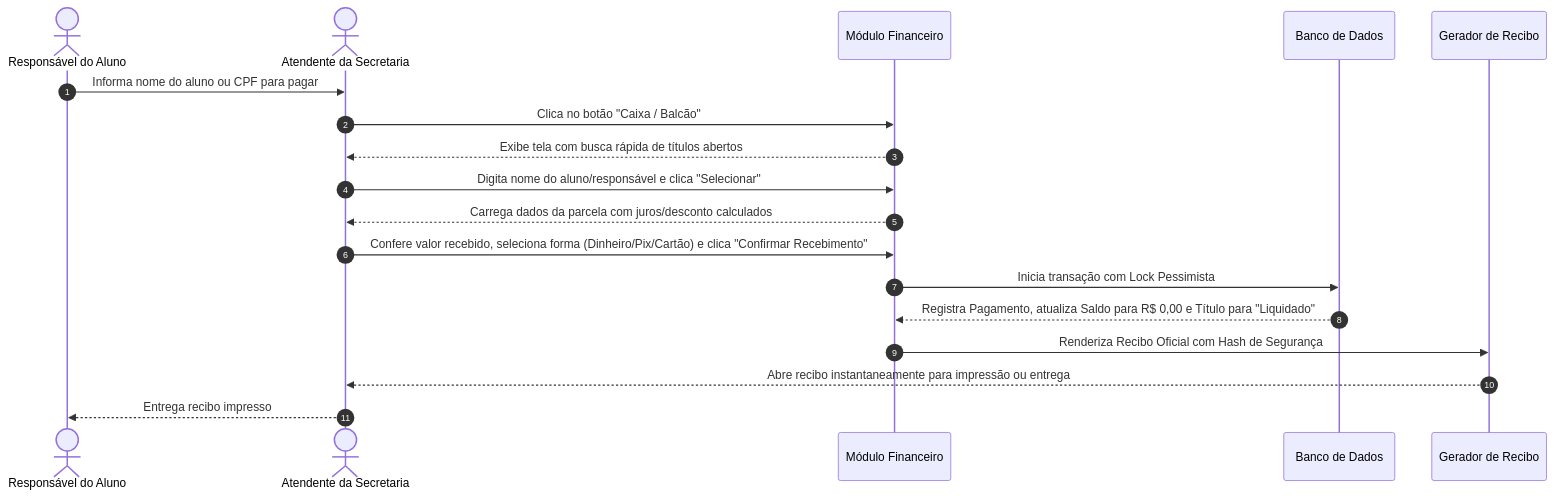
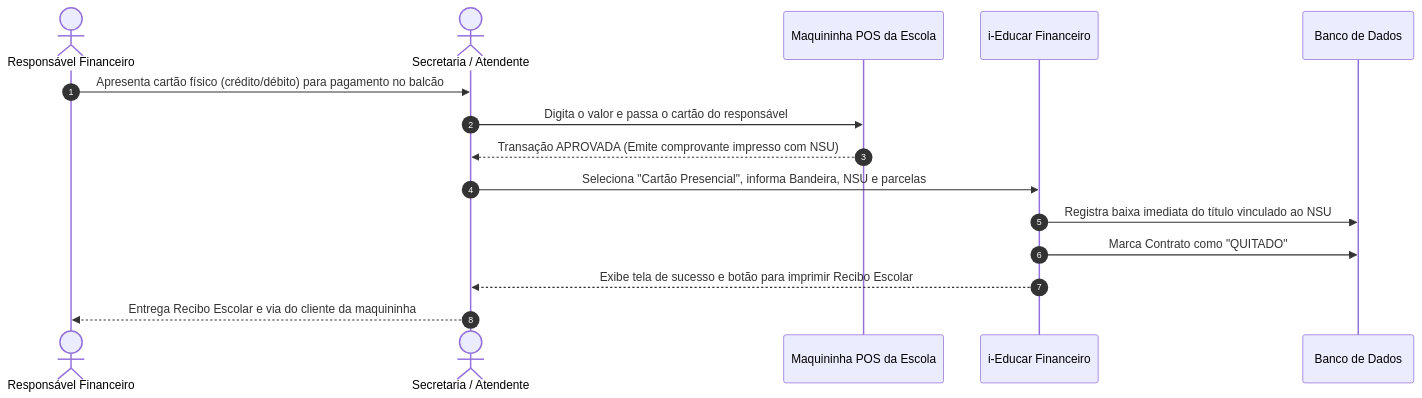
The third of 8 diagrams in FLUXO.md (douglas14031999/i-educar-financeiro-package), drawn with Mermaid before and after one commit. The commit also changed other lines of this file and 17 other files, not shown here.

````diff
--- a/FLUXO.md
+++ b/FLUXO.md
@@ -35,21 +55,18 @@
 ```mermaid
 sequenceDiagram
     autonumber
-    actor Pai as Responsável do Aluno
-    actor Secretaria as Atendente da Secretaria
-    participant Sistema as Módulo Financeiro
-    participant Banco as Banco de Dados
-    participant PDF as Gerador de Recibo
+    actor Pai as Responsável Financeiro
+    actor Atendente as Secretaria / Atendente
+    participant Maquininha as Maquininha POS da Escola
+    participant Sistema as i-Educar Financeiro
+    participant DB as Banco de Dados
 
-    Pai->>Secretaria: Informa nome do aluno ou CPF para pagar
-    Secretaria->>Sistema: Clica no botão "Caixa / Balcão"
-    Sistema-->>Secretaria: Exibe tela com busca rápida de títulos abertos
-    Secretaria->>Sistema: Digita nome do aluno/responsável e clica "Selecionar"
-    Sistema-->>Secretaria: Carrega dados da parcela com juros/desconto calculados
-    Secretaria->>Sistema: Confere valor recebido, seleciona forma (Dinheiro/Pix/Cartão) e clica "Confirmar Recebimento"
-    Sistema->>Banco: Inicia transação com Lock Pessimista
-    Banco-->>Sistema: Registra Pagamento, atualiza Saldo para R$ 0,00 e Título para "Liquidado"
-    Sistema->>PDF: Renderiza Recibo Oficial com Hash de Segurança
-    PDF-->>Secretaria: Abre recibo instantaneamente para impressão ou entrega
-    Secretaria-->>Pai: Entrega recibo impresso
+    Pai->>Atendente: Apresenta cartão físico (crédito/débito) para pagamento no balcão
+    Atendente->>Maquininha: Digita o valor e passa o cartão do responsável
+    Maquininha-->>Atendente: Transação APROVADA (Emite comprovante impresso com NSU)
+    Atendente->>Sistema: Seleciona "Cartão Presencial", informa Bandeira, NSU e parcelas
+    Sistema->>DB: Registra baixa imediata do título vinculado ao NSU
+    Sistema->>DB: Marca Contrato como "QUITADO"
+    Sistema-->>Atendente: Exibe tela de sucesso e botão para imprimir Recibo Escolar
+    Atendente-->>Pai: Entrega Recibo Escolar e via do cliente da maquininha
 ```
````
